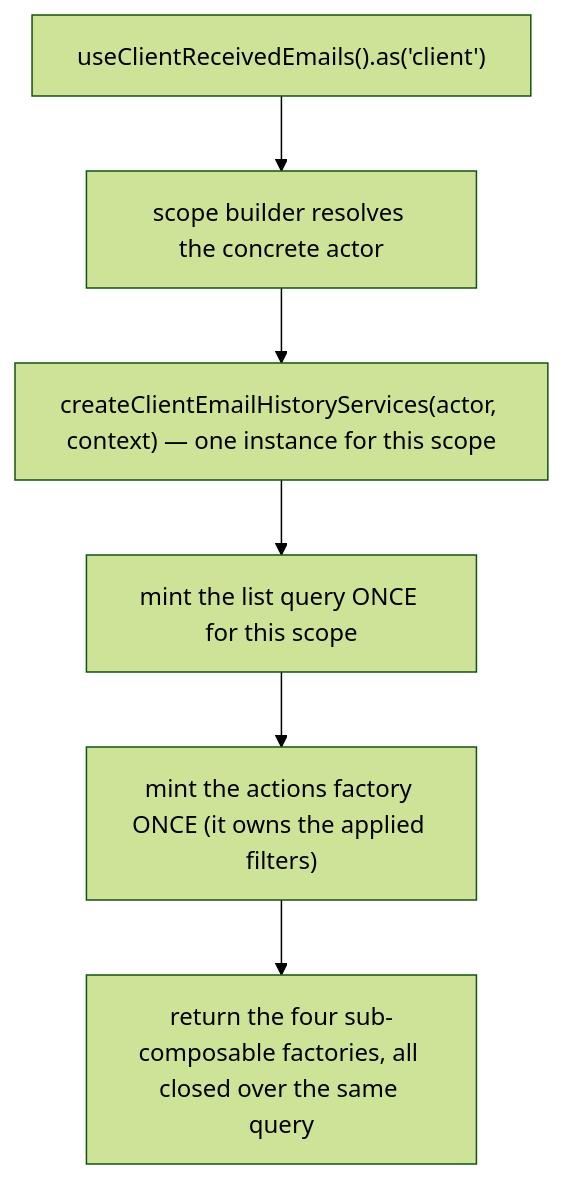
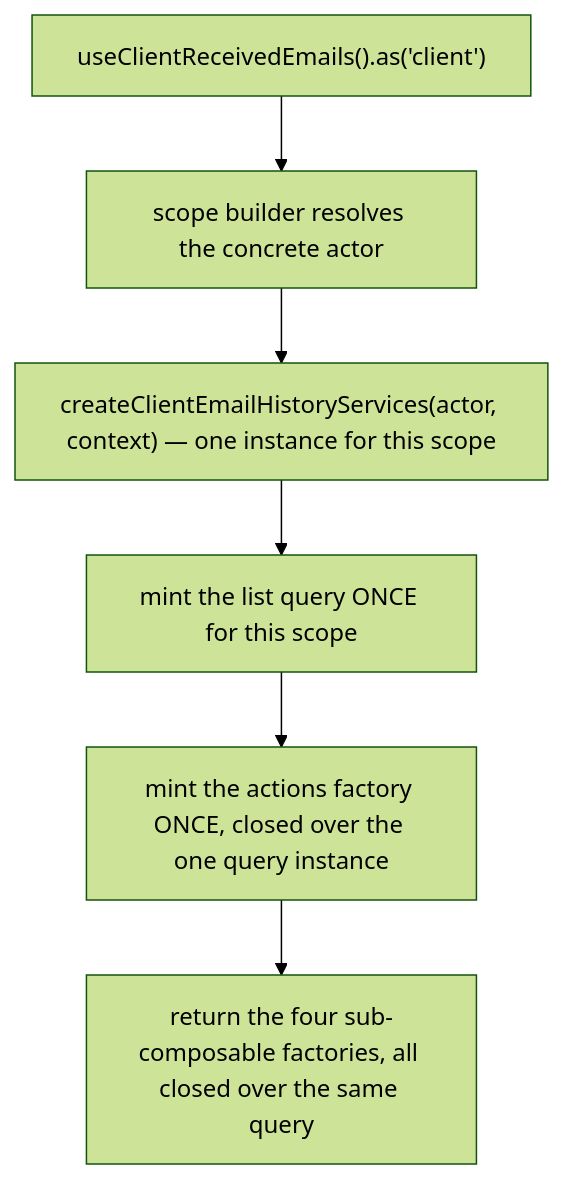
The first of 3 diagrams in packages/headless/src/modules/client-email-history/docs/architecture.md (upmind/upmind-ui), drawn with Mermaid (forest theme) before and after one commit. The commit also changed other lines of this file and 69 other files, not shown here.

````diff
--- a/packages/headless/src/modules/client-email-history/docs/architecture.md
+++ b/packages/headless/src/modules/client-email-history/docs/architecture.md
@@ -20,8 +20,8 @@
 ```mermaid
 flowchart TD
   call["useClientReceivedEmails().as('client')"] --> resolve["scope builder resolves the concrete actor"]
   resolve --> services["createClientEmailHistoryServices(actor, context) — one instance for this scope"]
   services --> mint["mint the list query ONCE for this scope"]
-  mint --> actions["mint the actions factory ONCE (it owns the applied filters)"]
+  mint --> actions["mint the actions factory ONCE, closed over the one query instance"]
   actions --> ready["return the four sub-composable factories, all closed over the same query"]
 ```
````
